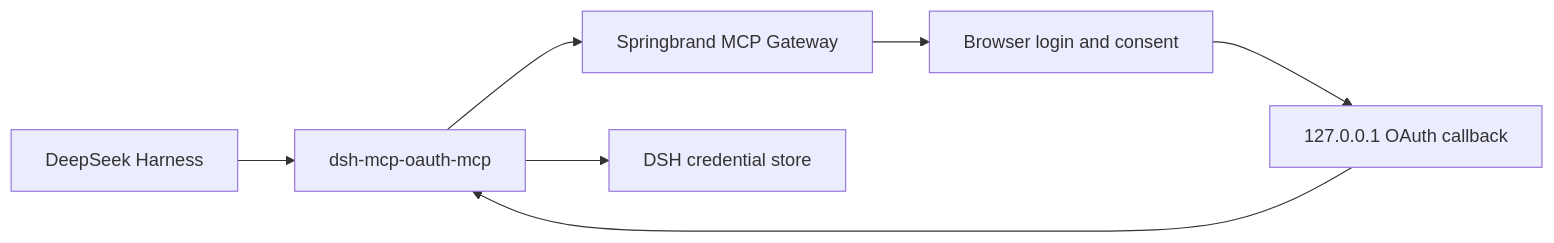
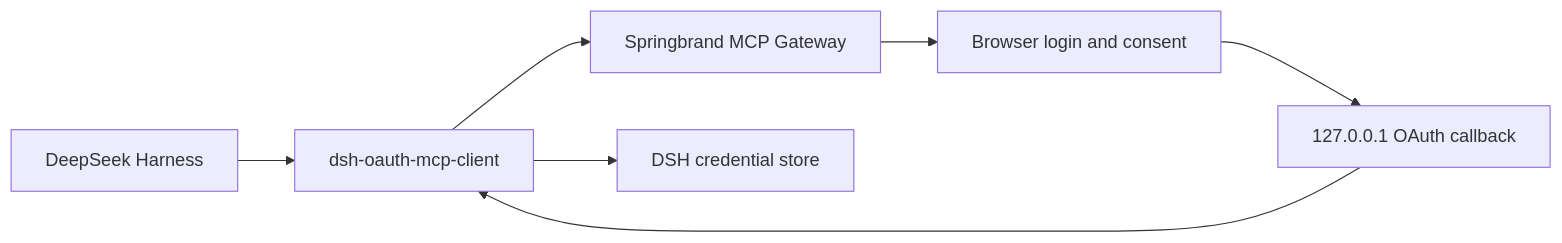
The diagram in README.md (hualiong/dsh-oauth-mcp-client), drawn with Mermaid before and after one commit. The commit also changed other lines of this file and 6 other files, not shown here.

Commit message:
chore: rename OAuth MCP client

````diff
--- a/README.md
+++ b/README.md
@@ -12,9 +12,9 @@
 ```mermaid
 flowchart LR
-  DSH["DeepSeek Harness"] --> Plugin["dsh-mcp-oauth-mcp"]
+  DSH["DeepSeek Harness"] --> Plugin["dsh-oauth-mcp-client"]
   Plugin --> Gateway["Springbrand MCP Gateway"]
   Gateway --> Browser["Browser login and consent"]
   Browser --> Callback["127.0.0.1 OAuth callback"]
   Callback --> Plugin
   Plugin --> Credentials["DSH credential store"]
 ```
````
